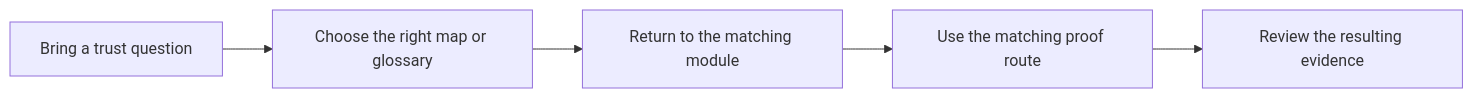
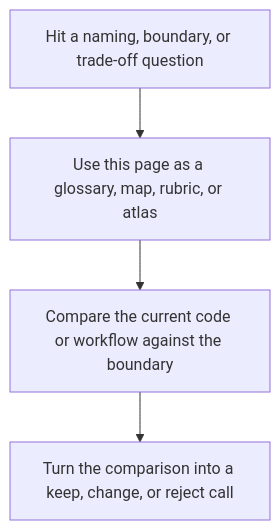
One commit to bijux/bijux-masterclass changed the second of 2 diagrams in programs/reproducible-research/deep-dive-dvc/course-book/reference/index.md. Above: the diagram before and after it, drawn with Mermaid. The commit also changed other lines of this file and 2 other files, not shown here.

Commit message:
docs(deep-dive-dvc): reframe course-book entry diagrams

````diff
--- a/programs/reproducible-research/deep-dive-dvc/course-book/reference/index.md
+++ b/programs/reproducible-research/deep-dive-dvc/course-book/reference/index.md
@@ -18,7 +14,6 @@
 ```mermaid
-flowchart LR
-  question["Bring a trust question"] --> map["Choose the right map or glossary"]
-  map --> module["Return to the matching module"]
-  module --> proof["Use the matching proof route"]
-  proof --> review["Review the resulting evidence"]
+flowchart TD
+  trigger["Hit a naming, boundary, or trade-off question"] --> lookup["Use this page as a glossary, map, rubric, or atlas"]
+  lookup --> compare["Compare the current code or workflow against the boundary"]
+  compare --> decision["Turn the comparison into a keep, change, or reject call"]
 ```
````
